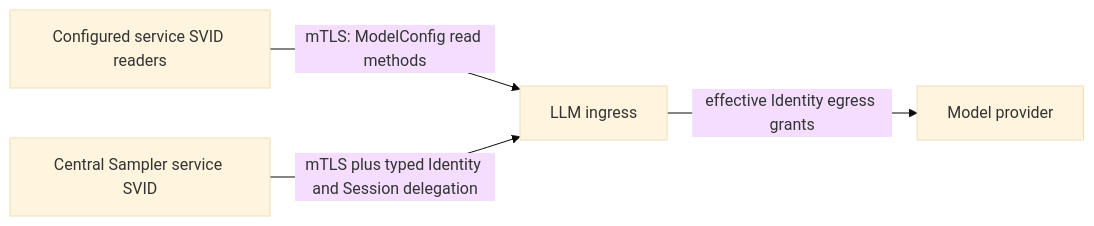
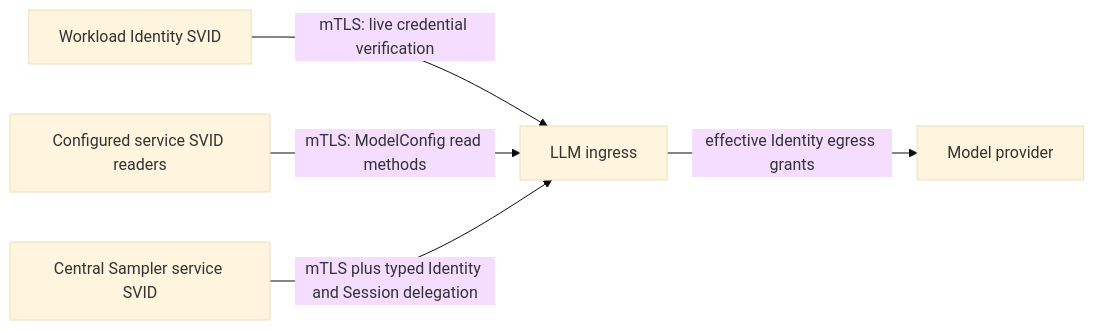
One commit to agentydragon/ducktape changed the sixth of 18 diagrams in agentplane/docs/system_overview.md. Above: the diagram before and after it, drawn with Mermaid (base theme). The commit also changed other lines of this file and 11 other files, not shown here.

Commit message:
Retire LLM ingress Kubernetes bearer admission

````diff
--- a/agentplane/docs/system_overview.md
+++ b/agentplane/docs/system_overview.md
@@ -468,6 +468,7 @@
 ```mermaid
 flowchart LR
-    readers[Configured service SVID readers] -->|mTLS: ModelConfig read methods| llm[LLM ingress]
+    workload[Workload Identity SVID] -->|mTLS: live credential verification| llm[LLM ingress]
+    readers[Configured service SVID readers] -->|mTLS: ModelConfig read methods| llm
     sampler[Central Sampler service SVID] -->|mTLS plus typed Identity and Session delegation| llm
     llm -->|effective Identity egress grants| provider[Model provider]
 ```
````
